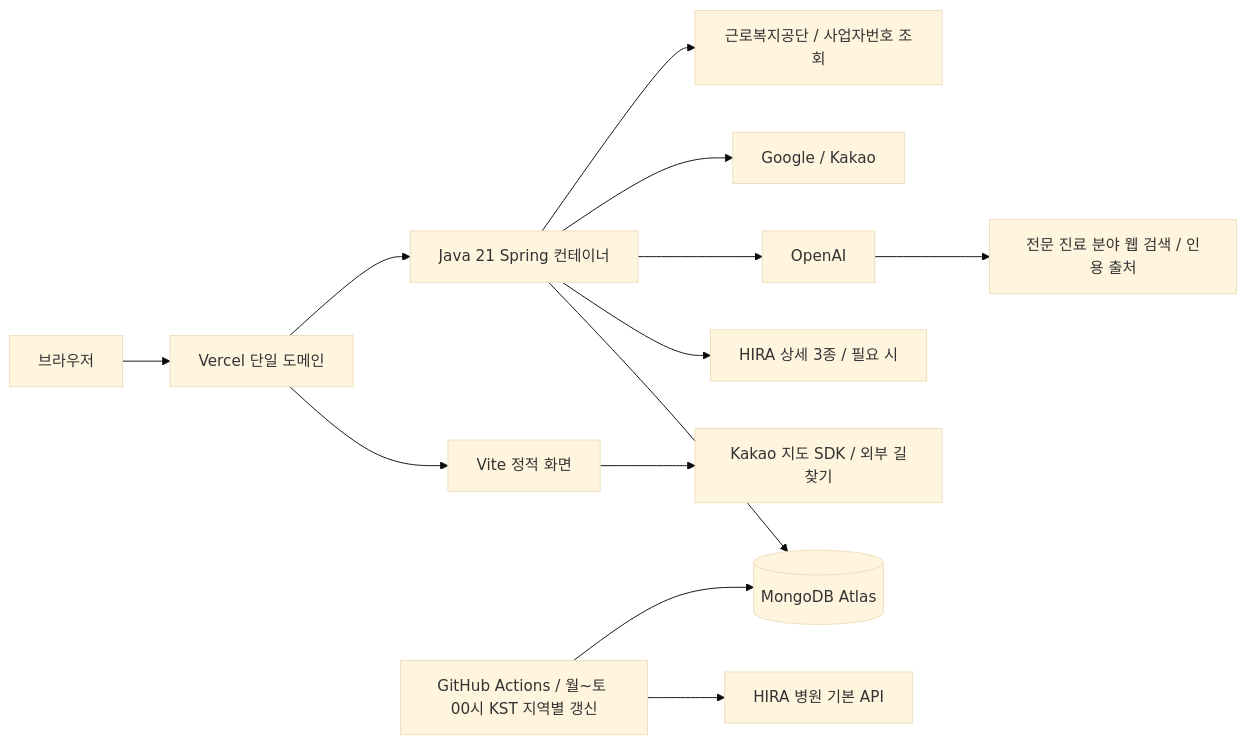
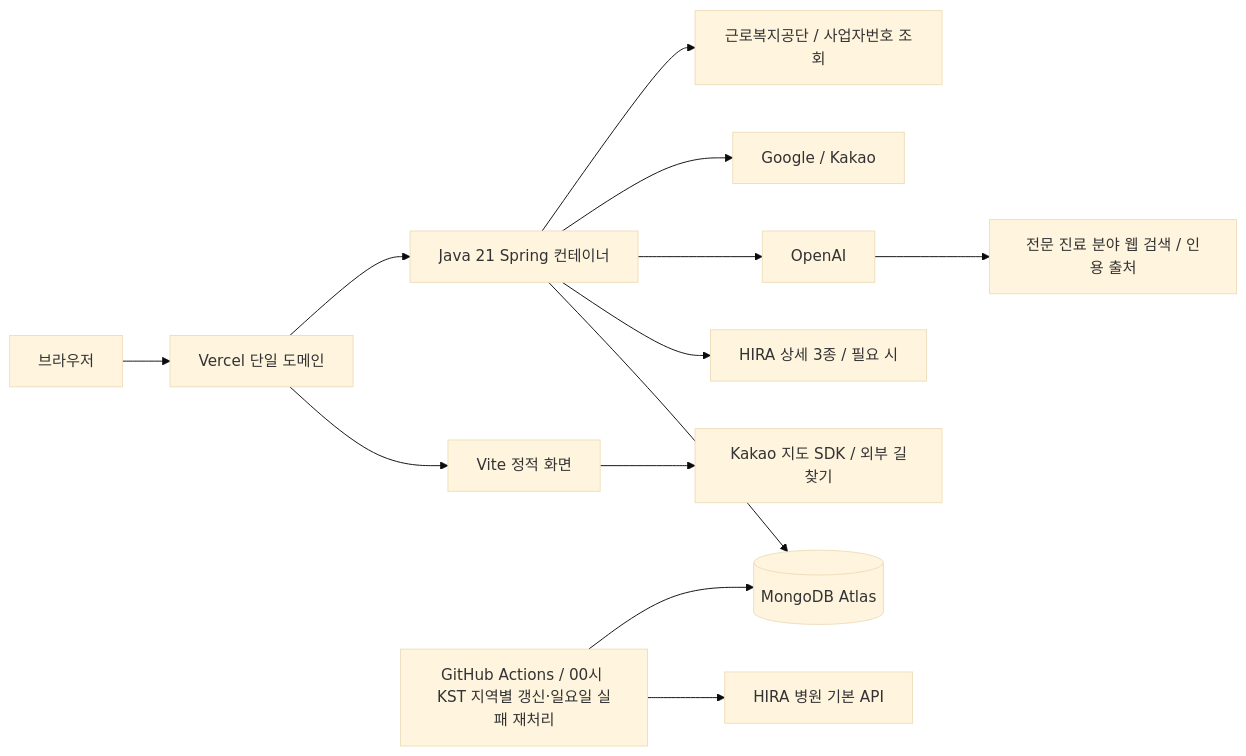
Before and after one commit to DavidPark04/hospital-reservation: the diagram in docs/architecture.md, drawn with Mermaid (base theme). The commit also changed other lines of this file and 19 other files, not shown here.

````diff
--- a/docs/architecture.md
+++ b/docs/architecture.md
@@ -5,15 +5,15 @@
 ```mermaid
 flowchart LR
     Browser[브라우저] --> Vercel[Vercel 단일 도메인]
     Vercel --> FE[Vite 정적 화면]
     Vercel --> BE[Java 21 Spring 컨테이너]
     BE --> DB[(MongoDB Atlas)]
     BE --> Detail[HIRA 상세 3종 / 필요 시]
-    Sync[GitHub Actions / 월~토 00시 KST 지역별 갱신] --> Basic[HIRA 병원 기본 API]
+    Sync[GitHub Actions / 00시 KST 지역별 갱신·일요일 실패 재처리] --> Basic[HIRA 병원 기본 API]
     Sync --> DB
     BE --> AI[OpenAI]
     AI --> Web[전문 진료 분야 웹 검색 / 인용 출처]
     BE --> OAuth[Google / Kakao]
     BE --> Business[근로복지공단 / 사업자번호 조회]
     FE --> Maps[Kakao 지도 SDK / 외부 길찾기]
 ```
````
